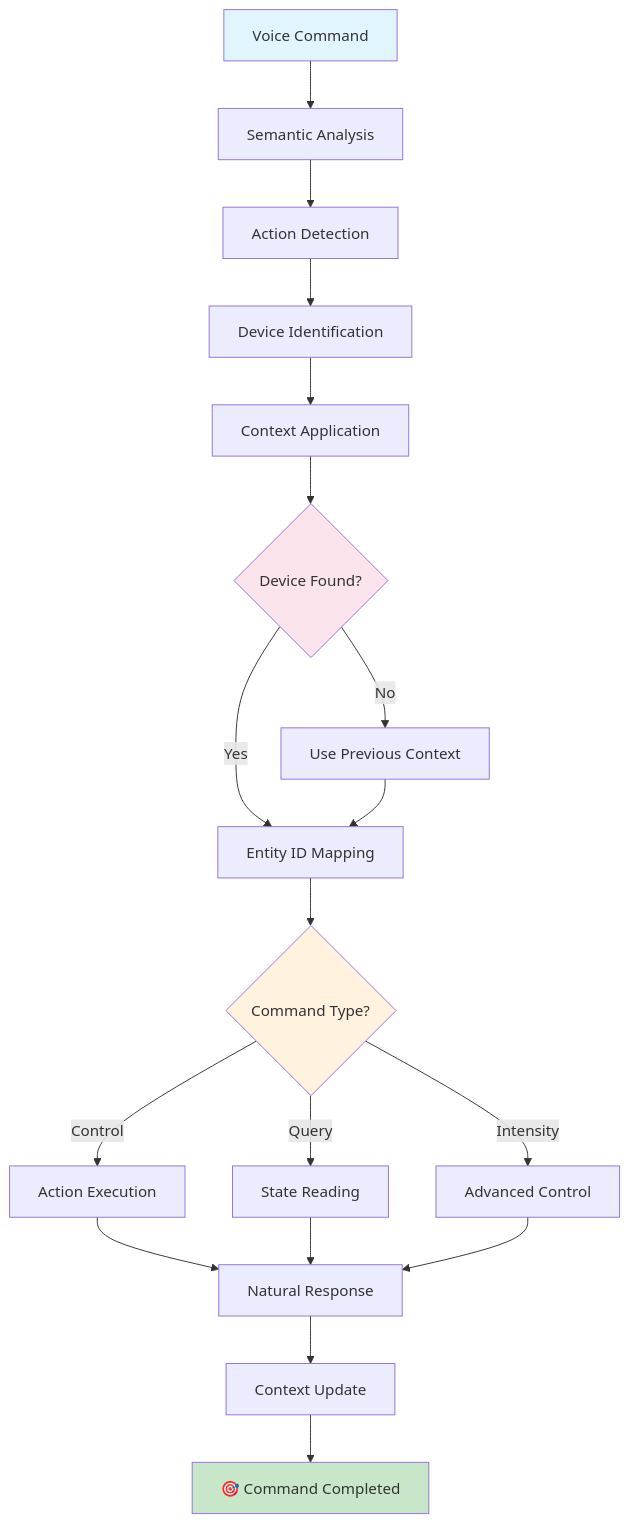
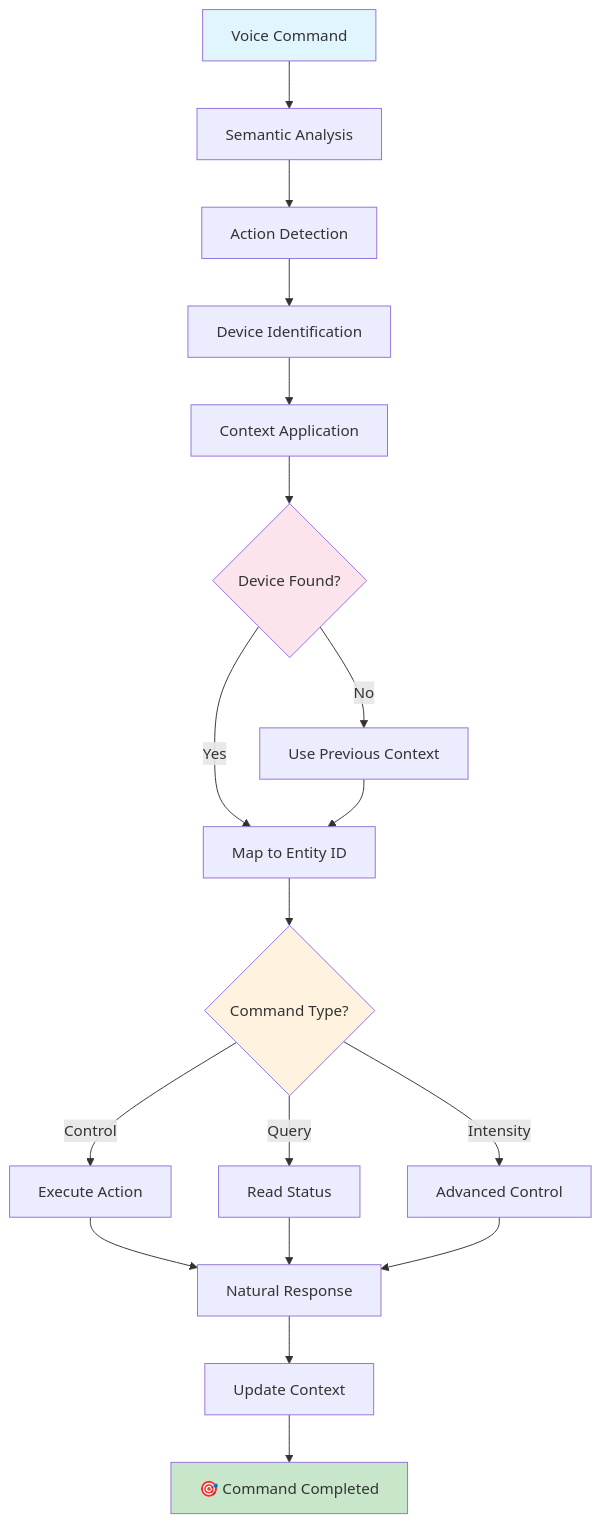
Before and after one commit to beskarbuilder/TARS-BSK: the diagram in docs/HOMEASSISTANT_PLUGIN_EN.md, drawn with Mermaid. The commit also changed other lines of this file and 30 other files, not shown here.

````diff
--- a/docs/HOMEASSISTANT_PLUGIN_EN.md
+++ b/docs/HOMEASSISTANT_PLUGIN_EN.md
@@ -317,25 +682,25 @@
 ```mermaid
 graph TD
     A[Voice Command] --> B[Semantic Analysis]
     B --> C[Action Detection]
     C --> D[Device Identification]
     D --> E[Context Application]
     E --> F{Device Found?}
-    F -->|Yes| G[Entity ID Mapping]
+    F -->|Yes| G[Map to Entity ID]
     F -->|No| H[Use Previous Context]
     H --> G
     G --> I{Command Type?}
-    I -->|Control| J[Action Execution]
-    I -->|Query| K[State Reading]
+    I -->|Control| J[Execute Action]
+    I -->|Query| K[Read Status]
     I -->|Intensity| L[Advanced Control]
     J --> M[Natural Response]
     K --> M
     L --> M
-    M --> N[Context Update]
+    M --> N[Update Context]
     N --> O[🎯 Command Completed]
     
     style A fill:#e1f5fe
     style O fill:#c8e6c9
     style I fill:#fff3e0
     style F fill:#fce4ec
 ```
````
